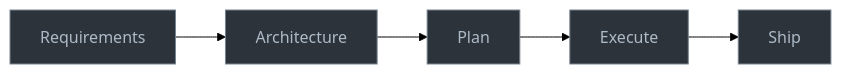
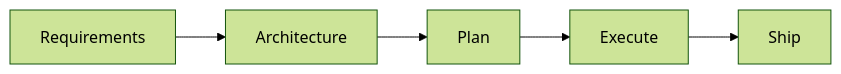
The diagram in README.md (Ansab-Sultan/blueprint-skills), drawn with Mermaid (forest theme) before and after one commit. The commit also changed 1 other file, not shown here.

Commit message:
Fix mermaid diagram for light backgrounds, add regeneration script
Drop custom dark styles from mermaid diagram so GitHub renders it
correctly on both light and dark themes. Add regenerate.sh for
re-running the example pipeline after skill changes.

````diff
--- a/README.md
+++ b/README.md
@@ -15,13 +15,7 @@
 ```mermaid
 graph LR
     A[Requirements] --> B[Architecture]
     B --> C[Plan]
     C --> D[Execute]
     D --> E[Ship]
-
-    style A fill:#2d333b,stroke:#768390,color:#adbac7
-    style B fill:#2d333b,stroke:#768390,color:#adbac7
-    style C fill:#2d333b,stroke:#768390,color:#adbac7
-    style D fill:#2d333b,stroke:#768390,color:#adbac7
-    style E fill:#2d333b,stroke:#768390,color:#adbac7
 ```
````
